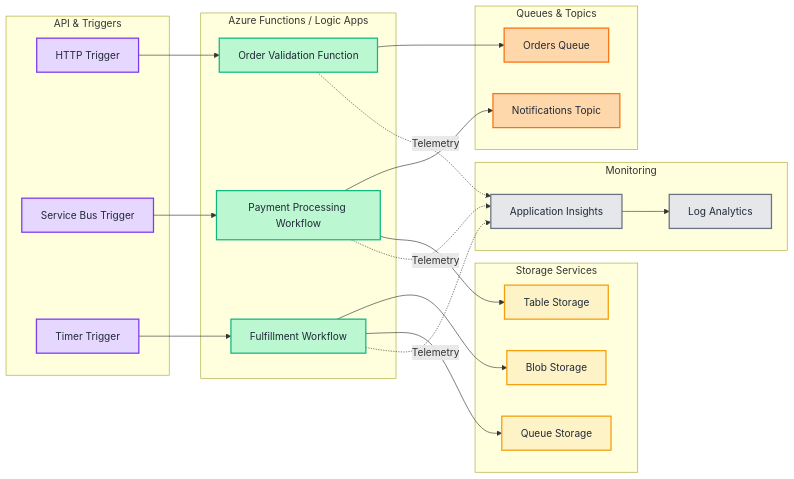
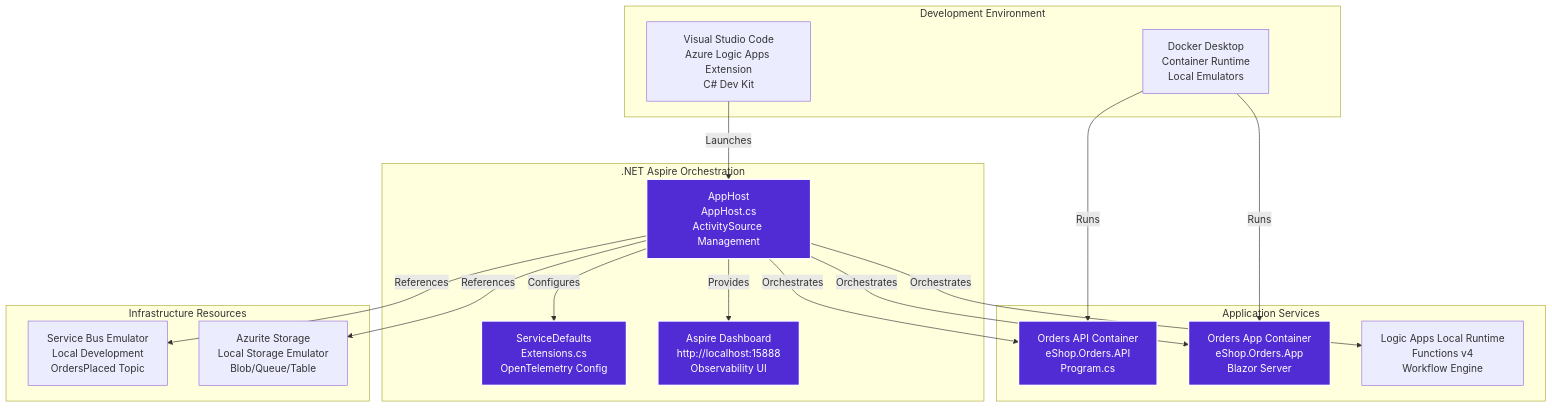
One commit to Evilazaro/Azure-LogicApps-Monitoring changed the fifth of 6 diagrams in README.md. Above: the diagram before and after it, drawn with Mermaid. The commit also changed other lines of this file and 5 other files, not shown here.

First line of the commit message:
Update orders API and webapp configurations, increase min replicas, and add Application Insights connection string

````diff
--- a/README.md
+++ b/README.md
@@ -648,53 +391,41 @@
 ```mermaid
-flowchart LR
-    subgraph "API & Triggers"
-        A[HTTP Trigger]:::trigger
-        B[Service Bus Trigger]:::trigger
-        C[Timer Trigger]:::trigger
+graph TB
+    subgraph dev["Development Environment"]
+        VS[Visual Studio Code<br/>Azure Logic Apps Extension<br/>C# Dev Kit]
+        DOCKER[Docker Desktop<br/>Container Runtime<br/>Local Emulators]
     end
     
-    subgraph "Azure Functions / Logic Apps"
-        D[Order Validation Function]:::function
-        E[Payment Processing Workflow]:::function
-        F[Fulfillment Workflow]:::function
+    subgraph aspire[".NET Aspire Orchestration"]
+        APPHOST[AppHost<br/>AppHost.cs<br/>ActivitySource Management]
+        DEFAULTS[ServiceDefaults<br/>Extensions.cs<br/>OpenTelemetry Config]
+        DASH[Aspire Dashboard<br/>http://localhost:15888<br/>Observability UI]
     end
     
-    subgraph "Queues & Topics"
-        G[Orders Queue]:::queue
-        H[Notifications Topic]:::queue
+    subgraph services["Application Services"]
+        API[Orders API Container<br/>eShop.Orders.API<br/>Program.cs]
+        APP[Orders App Container<br/>eShop.Orders.App<br/>Blazor Server]
+        LA[Logic Apps Local Runtime<br/>Functions v4<br/>Workflow Engine]
     end
     
-    subgraph "Storage Services"
-        I[Blob Storage]:::storage
-        J[Table Storage]:::storage
-        K[Queue Storage]:::storage
+    subgraph infra["Infrastructure Resources"]
+        SB[Service Bus Emulator<br/>Local Development<br/>OrdersPlaced Topic]
+        STORAGE[Azurite Storage<br/>Local Storage Emulator<br/>Blob/Queue/Table]
     end
     
-    subgraph "Monitoring"
-        L[Application Insights]:::monitoring
-        M[Log Analytics]:::monitoring
-    end
+    VS -->|Launches| APPHOST
+    APPHOST -->|Configures| DEFAULTS
+    APPHOST -->|Orchestrates| API
+    APPHOST -->|Orchestrates| APP
+    APPHOST -->|Orchestrates| LA
+    APPHOST -->|Provides| DASH
+    APPHOST -->|References| SB
+    APPHOST -->|References| STORAGE
+    DOCKER -->|Runs| API
+    DOCKER -->|Runs| APP
     
-    A --> D
-    B --> E
-    C --> F
-    
-    D --> G
-    E --> H
-    F --> I
-    
-    E --> J
-    F --> K
-    
-    D -.->|Telemetry| L
-    E -.->|Telemetry| L
-    F -.->|Telemetry| L
-    
-    L --> M
-    
-    classDef trigger fill:#E6D7FF,stroke:#7C3AED,stroke-width:2px,color:#1F2937
-    classDef function fill:#BBF7D0,stroke:#10B981,stroke-width:2px,color:#1F2937
-    classDef queue fill:#FED7AA,stroke:#F97316,stroke-width:2px,color:#1F2937
-    classDef storage fill:#FEF3C7,stroke:#F59E0B,stroke-width:2px,color:#1F2937
-    classDef monitoring fill:#E5E7EB,stroke:#6B7280,stroke-width:2px,color:#1F2937
+    style APPHOST fill:#512BD4,stroke:#fff,stroke-width:2px,color:#fff
+    style DEFAULTS fill:#512BD4,stroke:#fff,stroke-width:2px,color:#fff
+    style DASH fill:#512BD4,stroke:#fff,stroke-width:2px,color:#fff
+    style API fill:#512BD4,stroke:#fff,stroke-width:2px,color:#fff
+    style APP fill:#512BD4,stroke:#fff,stroke-width:2px,color:#fff
 ```
````
